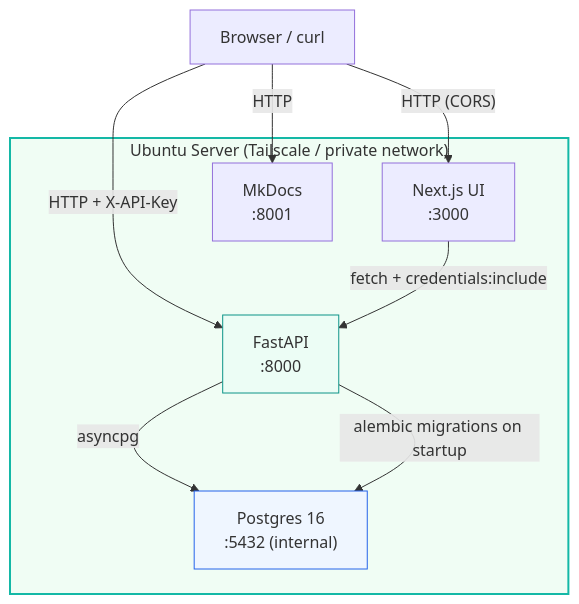
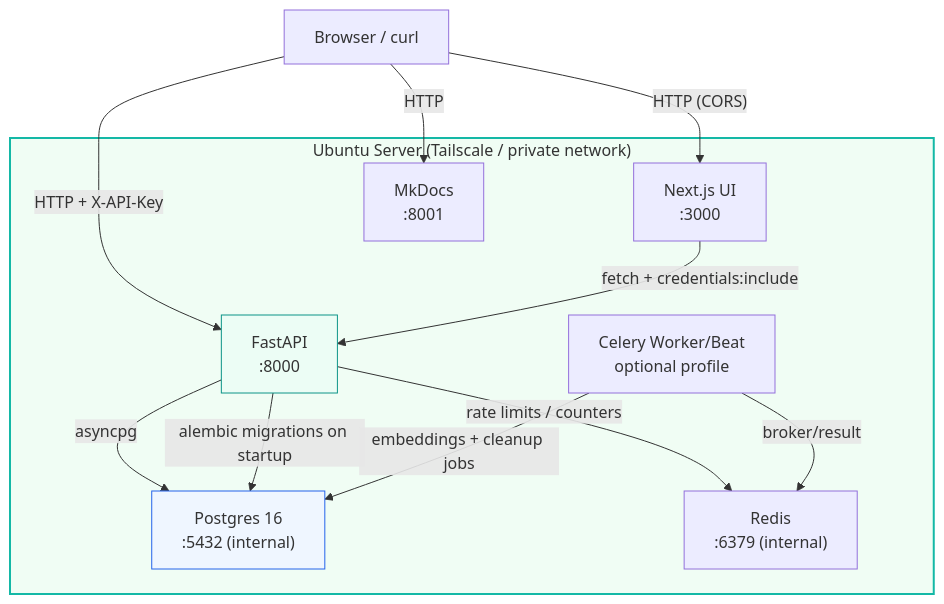
The first of 3 diagrams in docs/02-architecture.md (thecontextcache/contextcache), drawn with Mermaid before and after one commit. The commit also changed other lines of this file and 38 other files, not shown here.

````diff
--- a/docs/02-architecture.md
+++ b/docs/02-architecture.md
@@ -5,20 +5,25 @@
 ```mermaid
 graph TB
     subgraph Server ["Ubuntu Server (Tailscale / private network)"]
         WEB["Next.js UI<br/>:3000"]
         API["FastAPI<br/>:8000"]
         DB["Postgres 16<br/>:5432 (internal)"]
+        REDIS["Redis<br/>:6379 (internal)"]
+        WORKER["Celery Worker/Beat<br/>optional profile"]
         DOCS["MkDocs<br/>:8001"]
     end
 
     Browser["Browser / curl"] -->|"HTTP (CORS)"| WEB
     Browser -->|"HTTP + X-API-Key"| API
     Browser -->|"HTTP"| DOCS
     WEB -->|"fetch + credentials:include"| API
     API -->|"asyncpg"| DB
     API -->|"alembic migrations on startup"| DB
+    API -->|"rate limits / counters"| REDIS
+    WORKER -->|"broker/result"| REDIS
+    WORKER -->|"embeddings + cleanup jobs"| DB
 
     style Server fill:#f0fdf4,stroke:#14b8a6,stroke-width:2px
     style API fill:#ecfdf5,stroke:#0d9488
     style DB fill:#eff6ff,stroke:#2563eb
 ```
````
